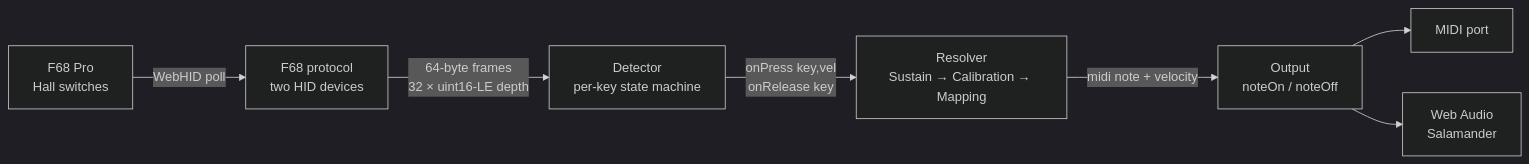
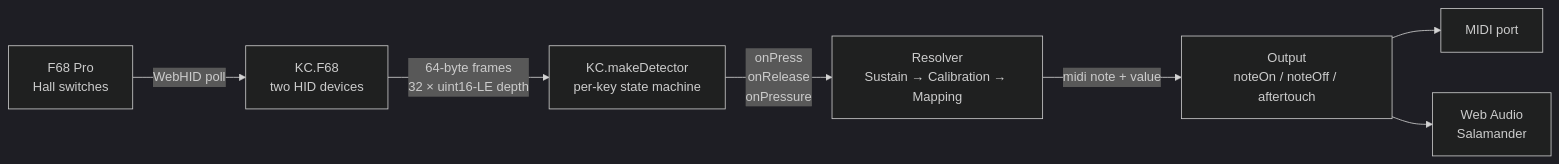
The diagram in cards/architecture.md (epatel/keyclave), drawn with Mermaid (dark theme) before and after one commit. The commit also changed other lines of this file and 7 other files, not shown here.

First line of the commit message:
Extract keyclave.js + add MIDI aftertouch

````diff
--- a/cards/architecture.md
+++ b/cards/architecture.md
@@ -23,9 +27,9 @@
 ```mermaid
 flowchart LR
-    KB[F68 Pro<br/>Hall switches] -->|WebHID poll| F68[F68 protocol<br/>two HID devices]
-    F68 -->|64-byte frames<br/>32 × uint16-LE depth| DET[Detector<br/>per-key state machine]
-    DET -->|onPress key,vel<br/>onRelease key| RES[Resolver<br/>Sustain → Calibration → Mapping]
-    RES -->|midi note + velocity| OUT[Output<br/>noteOn / noteOff]
+    KB[F68 Pro<br/>Hall switches] -->|WebHID poll| F68[KC.F68<br/>two HID devices]
+    F68 -->|64-byte frames<br/>32 × uint16-LE depth| DET[KC.makeDetector<br/>per-key state machine]
+    DET -->|onPress<br/>onRelease<br/>onPressure| RES[Resolver<br/>Sustain → Calibration → Mapping]
+    RES -->|midi note + value| OUT[Output<br/>noteOn / noteOff / aftertouch]
     OUT --> MIDI[MIDI port]
     OUT --> AUDIO[Web Audio<br/>Salamander]
 ```
````
